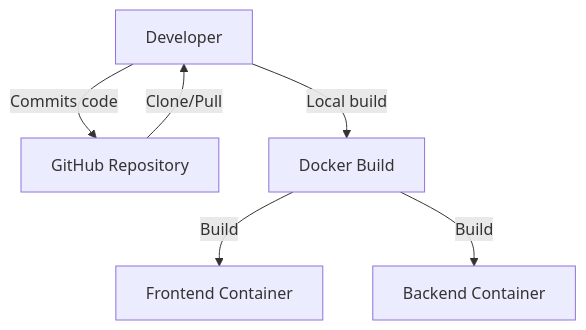
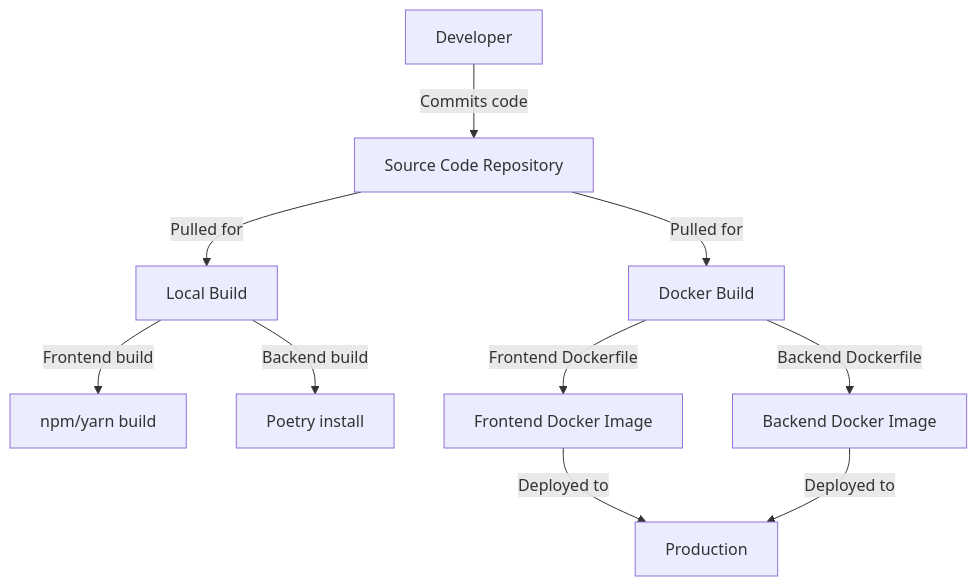
One commit to xvnpw/ai-security-analyzer changed the fourth of 4 diagrams in examples/dir-sec-design-screenshot-to-code-anthropicclaude-3.7-sonnetthinking.md. Above: the diagram before and after it, drawn with Mermaid. The commit also changed other lines of this file and 30 other files, not shown here.

````diff
--- a/examples/dir-sec-design-screenshot-to-code-anthropicclaude-3.7-sonnetthinking.md
+++ b/examples/dir-sec-design-screenshot-to-code-anthropicclaude-3.7-sonnetthinking.md
@@ -191,14 +167,12 @@
 ```mermaid
 graph TD
-    Dev[Developer]
-    Git[GitHub Repository]
-    DockerBuild[Docker Build]
-    FrontEnd[Frontend Container]
-    BackEnd[Backend Container]
-
-    Dev -->|Commits code| Git
-    Git -->|Clone/Pull| Dev
-    Dev -->|Local build| DockerBuild
-    DockerBuild -->|Build| FrontEnd
-    DockerBuild -->|Build| BackEnd
+    Developer[Developer] --> |Commits code| SourceCode[Source Code Repository]
+    SourceCode --> |Pulled for| LocalBuild[Local Build]
+    SourceCode --> |Pulled for| DockerBuild[Docker Build]
+    LocalBuild --> |Frontend build| NPMBuild[npm/yarn build]
+    LocalBuild --> |Backend build| PoetryBuild[Poetry install]
+    DockerBuild --> |Frontend Dockerfile| FrontendImage[Frontend Docker Image]
+    DockerBuild --> |Backend Dockerfile| BackendImage[Backend Docker Image]
+    FrontendImage --> |Deployed to| Production[Production]
+    BackendImage --> |Deployed to| Production
 ```
````
